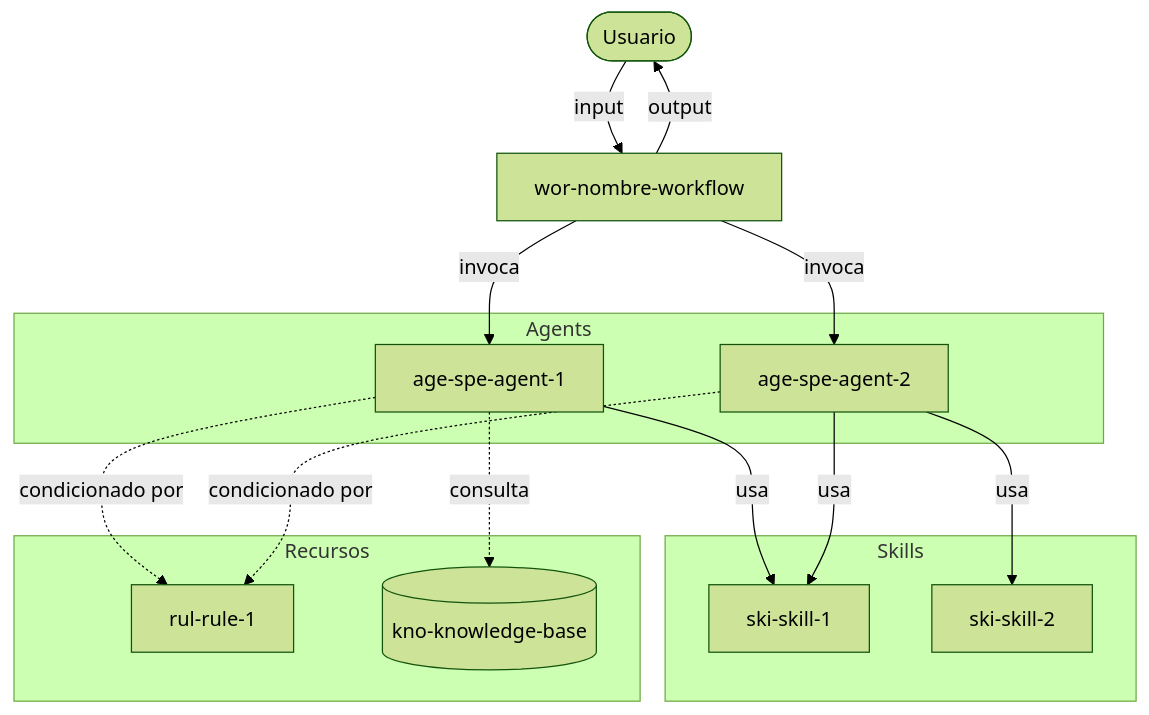
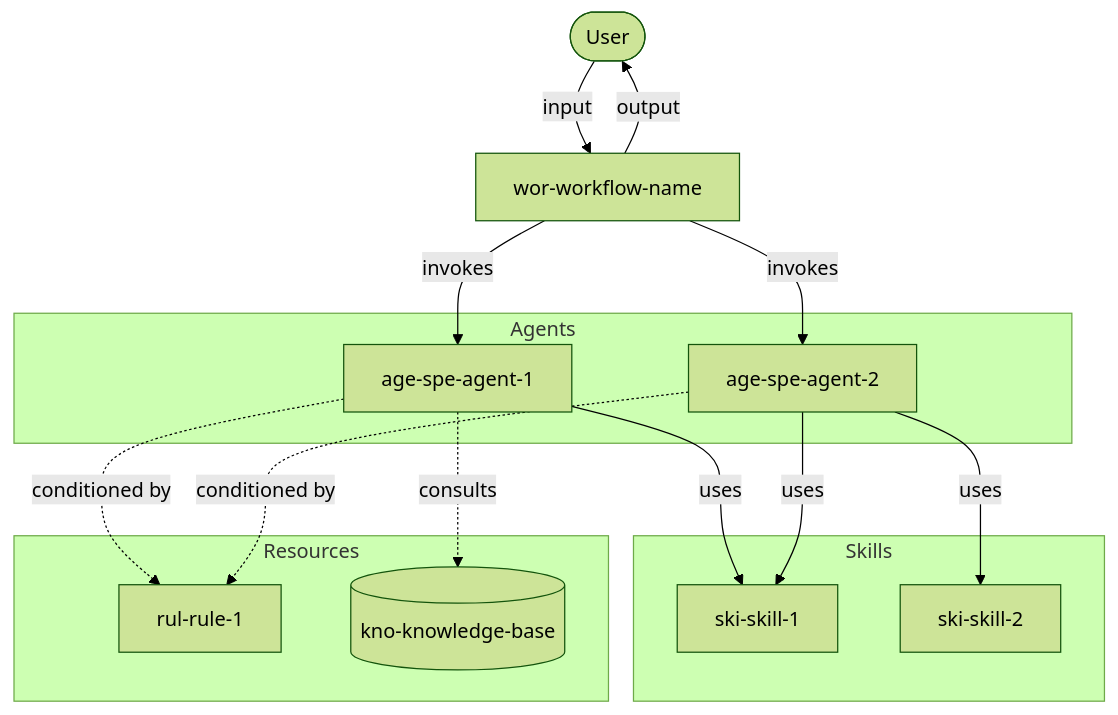
One commit to luisdomarco/AiAgentArchitect changed the second of 3 diagrams in .agents/skills/ski-diagram-generator/SKILL.md. Above: the diagram before and after it, drawn with Mermaid (forest theme). The commit also changed other lines of this file and 79 other files, not shown here.

````diff
--- a/.agents/skills/ski-diagram-generator/SKILL.md
+++ b/.agents/skills/ski-diagram-generator/SKILL.md
@@ -124,31 +127,31 @@
 ```mermaid
 flowchart TD
-    U([Usuario])
-    WF[wor-nombre-workflow]
-    
+    U([User])
+    WF[wor-workflow-name]
+
     subgraph "Agents"
         AG1[age-spe-agent-1]
         AG2[age-spe-agent-2]
     end
-    
+
     subgraph "Skills"
         SK1[ski-skill-1]
         SK2[ski-skill-2]
     end
-    
-    subgraph "Recursos"
+
+    subgraph "Resources"
         RUL1[rul-rule-1]
         KB1[(kno-knowledge-base)]
     end
-    
+
     U -->|input| WF
-    WF -->|invoca| AG1
-    WF -->|invoca| AG2
-    AG1 -->|usa| SK1
-    AG2 -->|usa| SK1
-    AG2 -->|usa| SK2
-    AG1 -.->|consulta| KB1
-    AG1 -.->|condicionado por| RUL1
-    AG2 -.->|condicionado por| RUL1
+    WF -->|invokes| AG1
+    WF -->|invokes| AG2
+    AG1 -->|uses| SK1
+    AG2 -->|uses| SK1
+    AG2 -->|uses| SK2
+    AG1 -.->|consults| KB1
+    AG1 -.->|conditioned by| RUL1
+    AG2 -.->|conditioned by| RUL1
     WF -->|output| U
 ```
````
